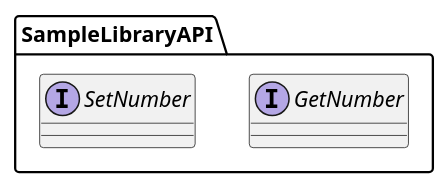
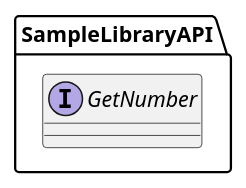
One commit to eclipse-score/tooling changed the diagram in bazel/rules/rules_score/examples/seooc/design/public_api.puml. Above: the diagram before and after it, drawn with PlantUML. The commit also changed 5 other files, not shown here.

```diff
--- a/bazel/rules/rules_score/examples/seooc/design/public_api.puml
+++ b/bazel/rules/rules_score/examples/seooc/design/public_api.puml
@@ -14,8 +14,8 @@
 @startuml
 
 package "SampleLibraryAPI" as SampleLibraryAPI {
     interface "GetNumber" as GetNumber
-    interface "SetNumber" as SetNumber
+    ' interface "SetNumber" as SetNumber
 }
 
 @enduml
```
